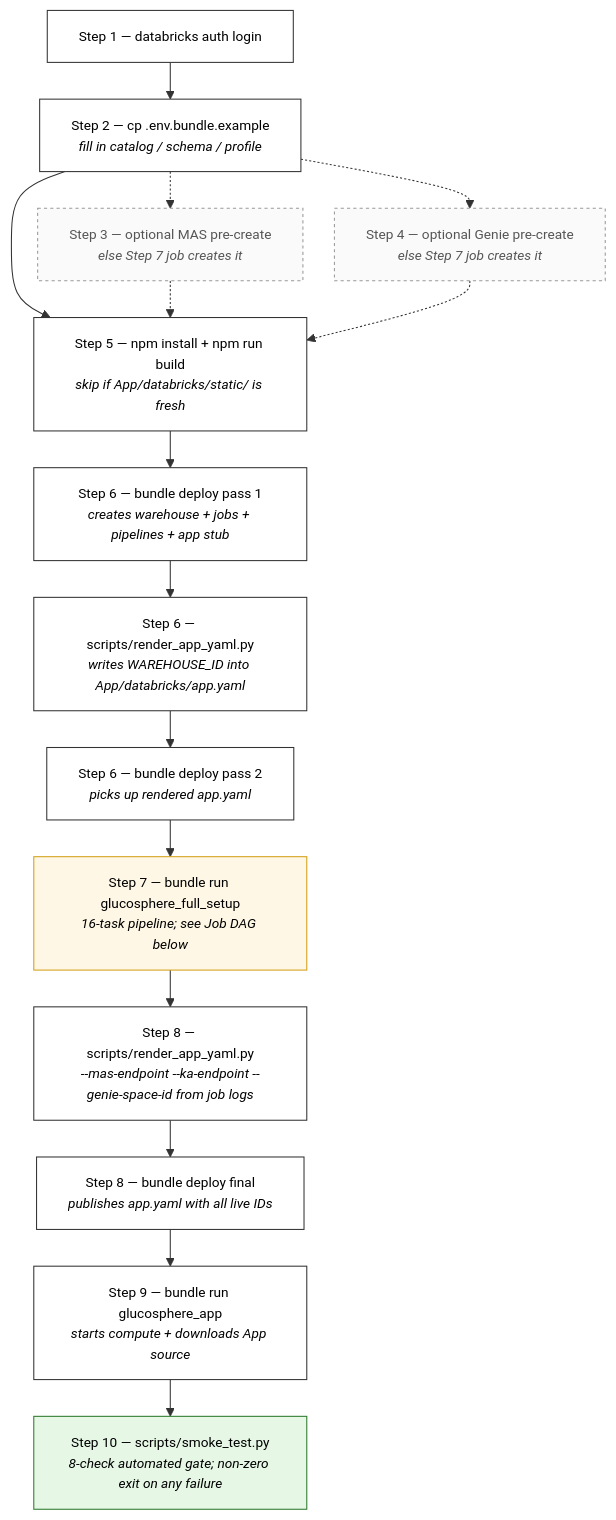
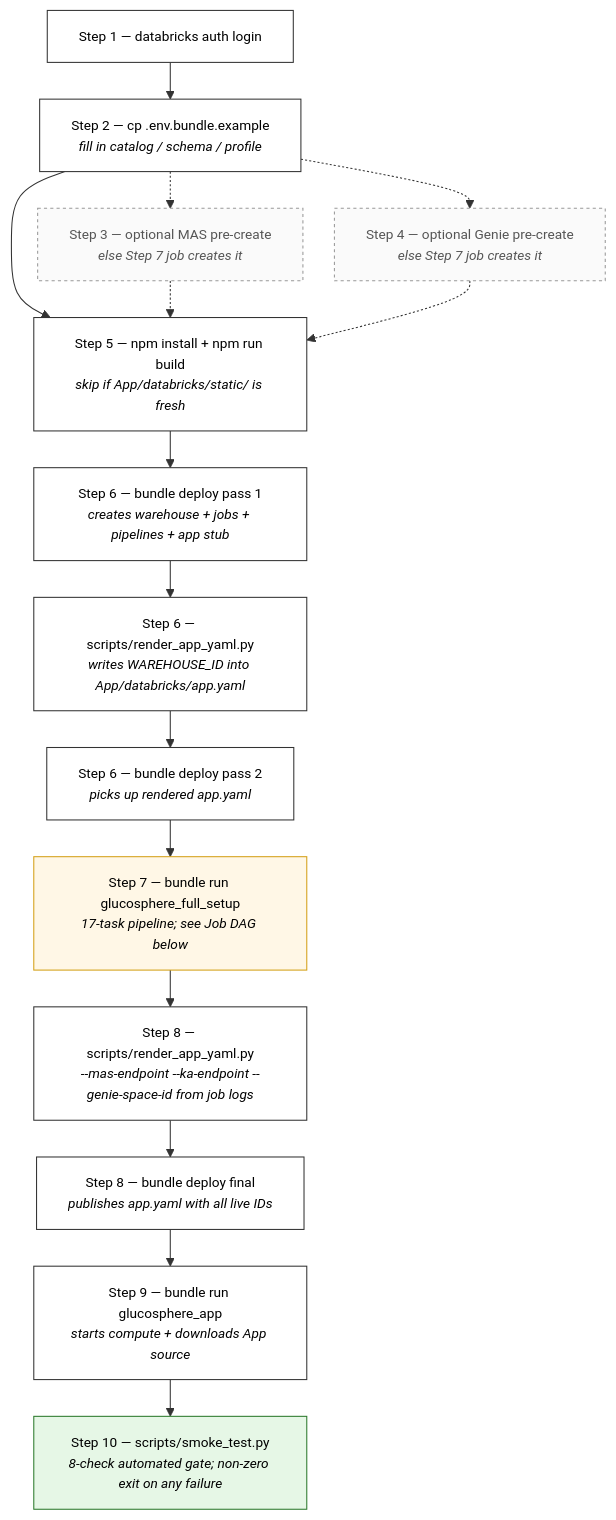
Before and after one commit to databricks-industry-solutions/glucosphere: the first of 3 diagrams in DEPLOY.md, drawn with Mermaid. The commit also changed other lines of this file and 7 other files, not shown here.

````diff
--- a/DEPLOY.md
+++ b/DEPLOY.md
@@ -11,28 +11,28 @@
 ```mermaid
 %%{init: {'flowchart': {'nodeSpacing': 30, 'rankSpacing': 35}, 'themeVariables': {'fontSize': '13px'}}}%%
 flowchart TD
     classDef cmd fill:#fff,stroke:#333,stroke-width:1px,color:#000
     classDef wait fill:#fff7e6,stroke:#d4a017,stroke-width:1px,color:#000
     classDef gate fill:#e6f7e6,stroke:#2d7a2d,stroke-width:1px,color:#000
     classDef opt fill:#fafafa,stroke:#999,stroke-width:1px,stroke-dasharray:3 3,color:#555
 
     S1[Step 1 — databricks auth login]:::cmd
     S2[Step 2 — cp .env.bundle.example<br/><i>fill in catalog / schema / profile</i>]:::cmd
     S3[Step 3 — optional MAS pre-create<br/><i>else Step 7 job creates it</i>]:::opt
     S4[Step 4 — optional Genie pre-create<br/><i>else Step 7 job creates it</i>]:::opt
     S5[Step 5 — npm install + npm run build<br/><i>skip if App/databricks/static/ is fresh</i>]:::cmd
     A[Step 6 — bundle deploy pass 1<br/><i>creates warehouse + jobs + pipelines + app stub</i>]:::cmd
     B[Step 6 — scripts/render_app_yaml.py<br/><i>writes WAREHOUSE_ID into App/databricks/app.yaml</i>]:::cmd
     C[Step 6 — bundle deploy pass 2<br/><i>picks up rendered app.yaml</i>]:::cmd
-    D[Step 7 — bundle run glucosphere_full_setup<br/><i>16-task pipeline; see Job DAG below</i>]:::wait
+    D[Step 7 — bundle run glucosphere_full_setup<br/><i>17-task pipeline; see Job DAG below</i>]:::wait
     E[Step 8 — scripts/render_app_yaml.py<br/><i>--mas-endpoint --ka-endpoint --genie-space-id from job logs</i>]:::cmd
     F[Step 8 — bundle deploy final<br/><i>publishes app.yaml with all live IDs</i>]:::cmd
     G[Step 9 — bundle run glucosphere_app<br/><i>starts compute + downloads App source</i>]:::cmd
     H[Step 10 — scripts/smoke_test.py<br/><i>8-check automated gate; non-zero exit on any failure</i>]:::gate
 
     S1 --> S2 --> S5 --> A --> B --> C --> D --> E --> F --> G --> H
     S2 -.-> S3
     S2 -.-> S4
     S3 -.-> S5
     S4 -.-> S5
 ```
````
